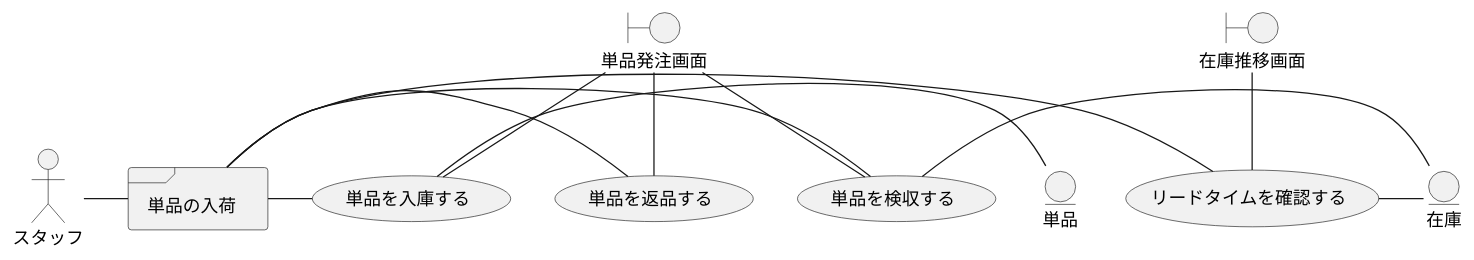
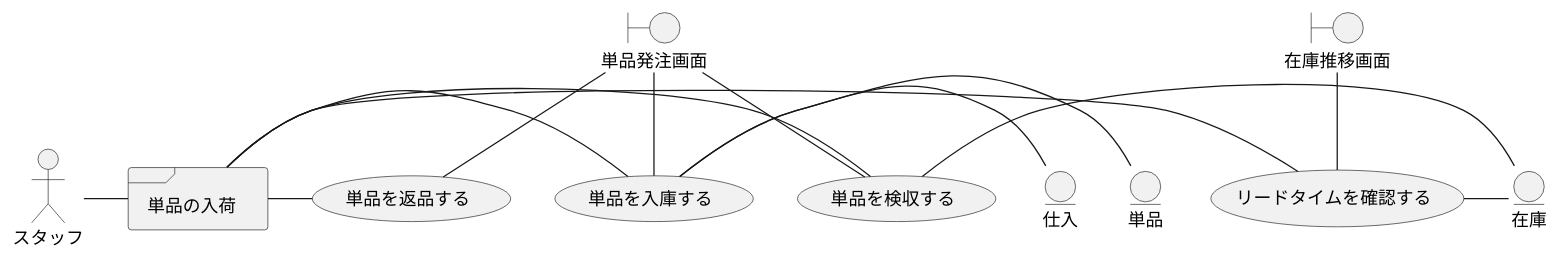
Diagram 29 of 37 in docs/index.adoc (k2works/application_programing_excercise_2022), drawn with PlantUML before and after one commit. The commit also changed other lines of this file, not shown here.

```diff
--- a/docs/index.adoc
+++ b/docs/index.adoc
@@ -887,27 +886,29 @@
 [plantuml]
 ----
 @startuml
 actor "スタッフ" as ac_01
 frame "単品の入荷" as f01
 usecase "単品を検収する" as UC1
 usecase "単品を入庫する" as UC2
 usecase "単品を返品する" as UC3
 usecase "リードタイムを確認する" as UC4
 boundary "単品発注画面" as b01
 boundary "在庫推移画面" as b02
 entity "在庫" as e01
 entity "単品" as e02
+entity "仕入" as e03
 
 ac_01 - f01
 f01 - UC1
 f01 - UC2
 f01 - UC3
 f01 - UC4
 b01 -- UC1
 b01 -- UC2
 b01 -- UC3
 b02 -- UC4
 UC1 - e01
 UC2 - e02
+UC2 - e03
 UC4 - e01
 ----
```
